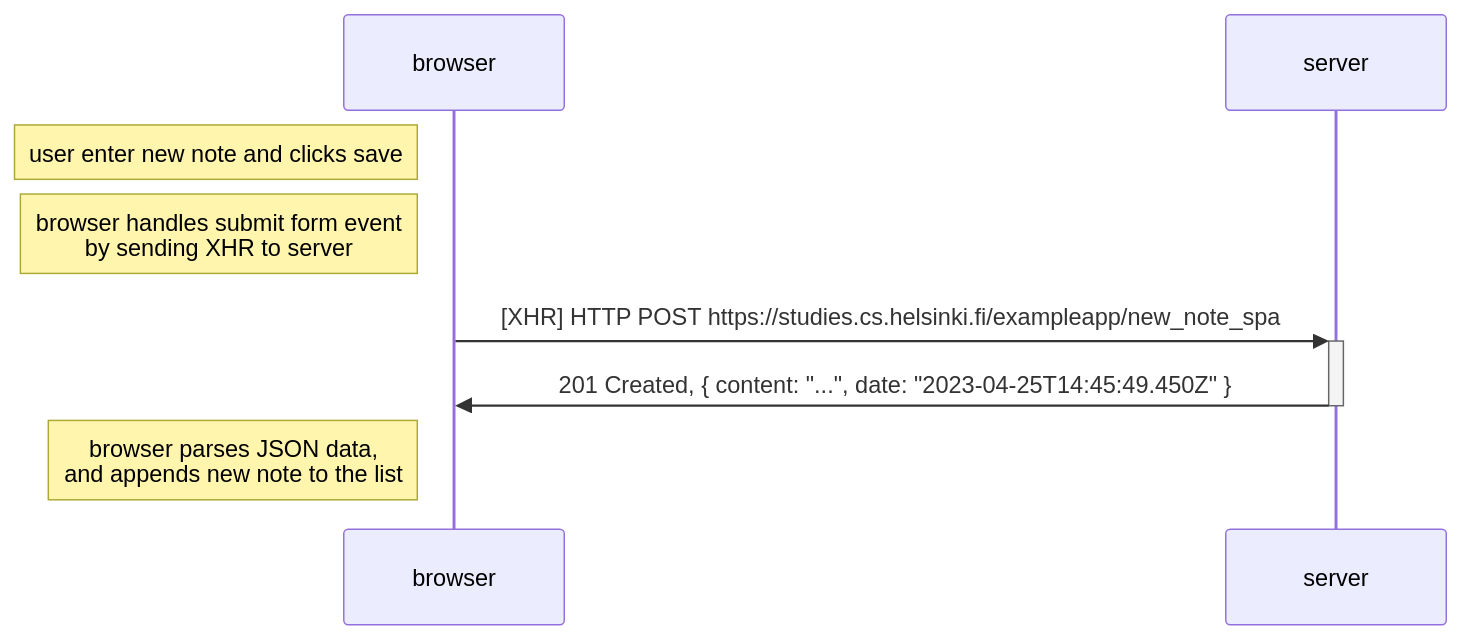
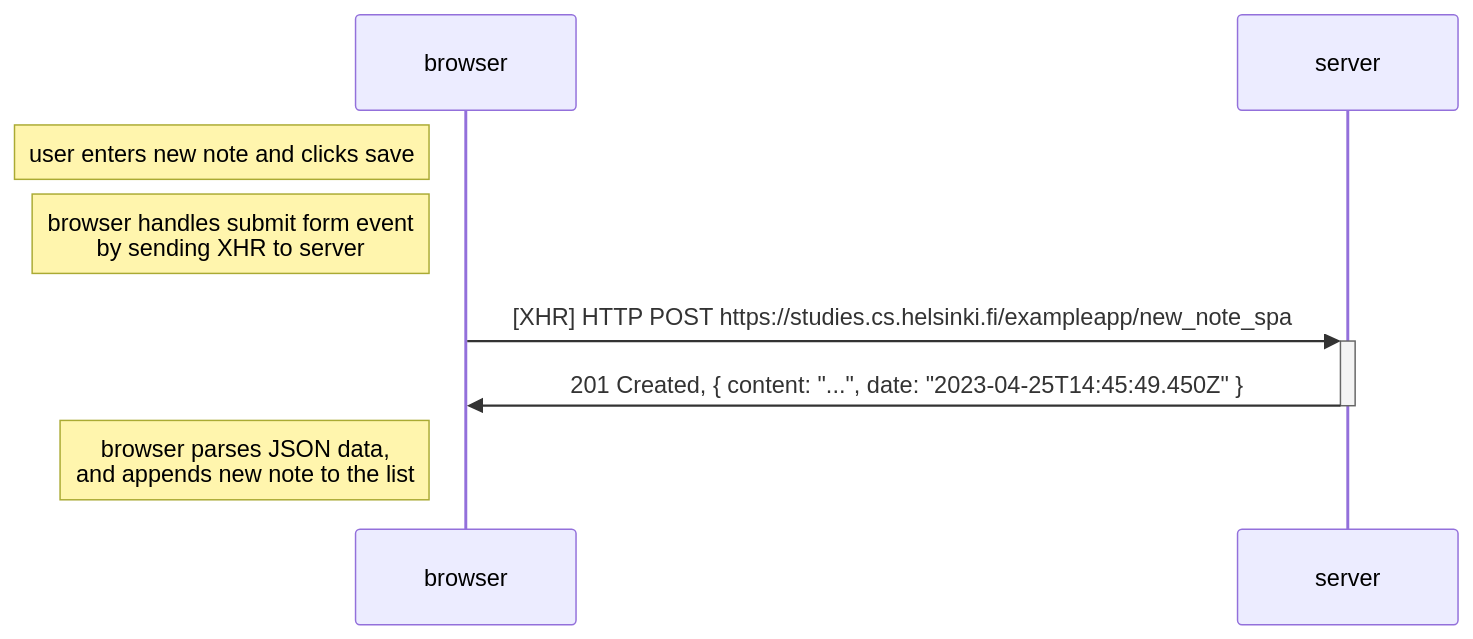
One commit to luomanss/fullstack_2023 changed the diagram in part0/spa_new_note.md. Above: the diagram before and after it, drawn with Mermaid.

Commit message:
Fixed part0 typo

````diff
--- a/part0/spa_new_note.md
+++ b/part0/spa_new_note.md
@@ -1,15 +1,15 @@
 ``` mermaid
 sequenceDiagram
     participant browser
     participant server
     
-    Note left of browser: user enter new note and clicks save
+    Note left of browser: user enters new note and clicks save
 
     Note left of browser: browser handles submit form event<br/> by sending XHR to server
 
     browser->>+server: [XHR] HTTP POST https://studies.cs.helsinki.fi/exampleapp/new_note_spa
 
     server->>-browser: 201 Created, { content: "...", date: "2023-04-25T14:45:49.450Z" }
 
     Note left of browser: browser parses JSON data,<br/> and appends new note to the list
 ```
````
